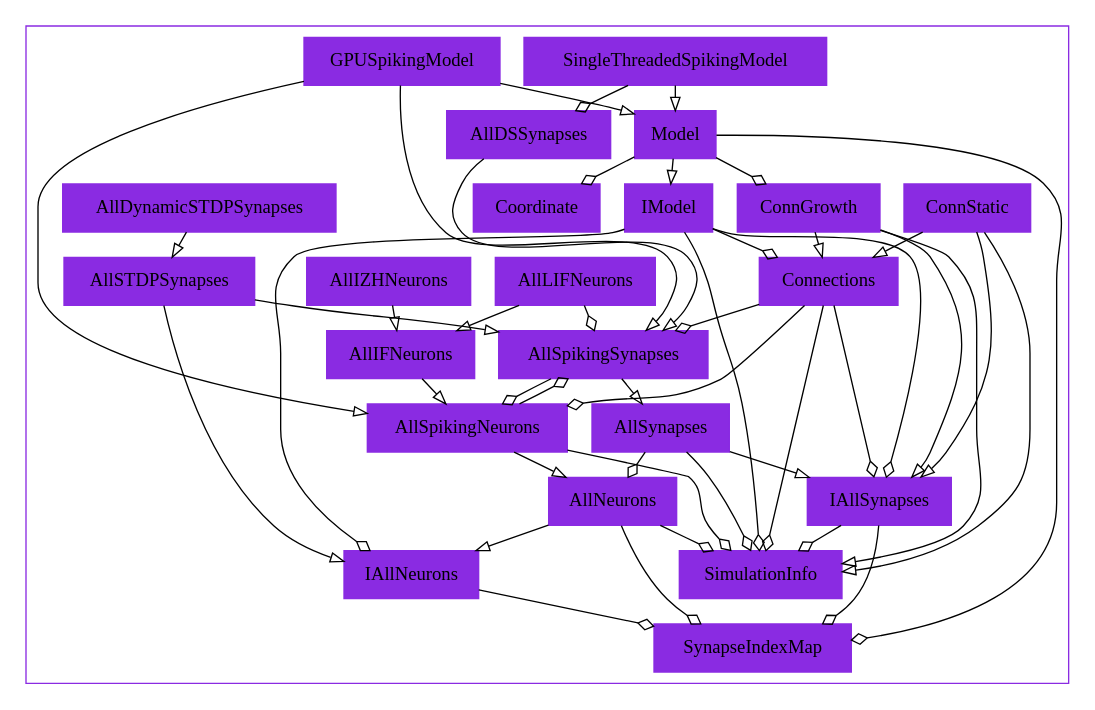
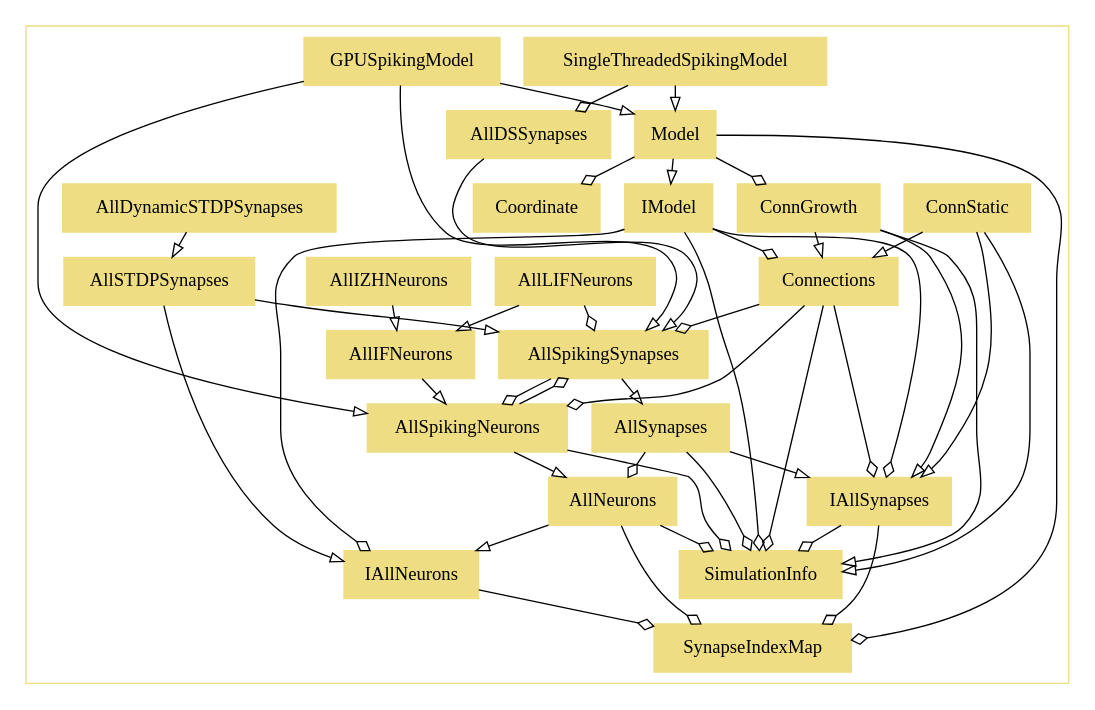
Before and after one commit to UWB-Biocomputing/BrainGrid: the diagram in Tools/DiagramGenerator/ExampleOutputs/dot_subsystems/subsystemB.dot, drawn with Graphviz. The commit also changed 9 other files, not shown here.

```diff
--- a/Tools/DiagramGenerator/ExampleOutputs/dot_subsystems/subsystemB.dot
+++ b/Tools/DiagramGenerator/ExampleOutputs/dot_subsystems/subsystemB.dot
@@ -1,117 +1,117 @@
 digraph{
 
 	subgraph clusterB {
-		node [shape = record];
+		color = lightgoldenrod
+		node [shape = record, color = lightgoldenrod];
 
-		color = blueviolet
-		AllDSSynapses[label = AllDSSynapses, style = filled, color = blueviolet];
-		AllDynamicSTDPSynapses[label = AllDynamicSTDPSynapses, style = filled, color = blueviolet];
-		AllIFNeurons[label = AllIFNeurons, style = filled, color = blueviolet];
-		AllIZHNeurons[label = AllIZHNeurons, style = filled, color = blueviolet];
-		AllLIFNeurons[label = AllLIFNeurons, style = filled, color = blueviolet];
-		AllNeurons[label = AllNeurons, style = filled, color = blueviolet];
-		AllSTDPSynapses[label = AllSTDPSynapses, style = filled, color = blueviolet];
-		AllSpikingNeurons[label = AllSpikingNeurons, style = filled, color = blueviolet];
-		AllSpikingSynapses[label = AllSpikingSynapses, style = filled, color = blueviolet];
-		AllSynapses[label = AllSynapses, style = filled, color = blueviolet];
-		ConnGrowth[label = ConnGrowth, style = filled, color = blueviolet];
-		ConnStatic[label = ConnStatic, style = filled, color = blueviolet];
-		Connections[label = Connections, style = filled, color = blueviolet];
-		Coordinate[label = Coordinate, style = filled, color = blueviolet];
-		GPUSpikingModel[label = GPUSpikingModel, style = filled, color = blueviolet];
-		IAllNeurons[label = IAllNeurons, style = filled, color = blueviolet];
-		IAllSynapses[label = IAllSynapses, style = filled, color = blueviolet];
-		IModel[label = IModel, style = filled, color = blueviolet];
-		Model[label = Model, style = filled, color = blueviolet];
-		SimulationInfo[label = SimulationInfo, style = filled, color = blueviolet];
-		SingleThreadedSpikingModel[label = SingleThreadedSpikingModel, style = filled, color = blueviolet];
-		SynapseIndexMap[label = SynapseIndexMap, style = filled, color = blueviolet];
+		AllDSSynapses[label = AllDSSynapses, style = filled];
+		AllDynamicSTDPSynapses[label = AllDynamicSTDPSynapses, style = filled];
+		AllIFNeurons[label = AllIFNeurons, style = filled];
+		AllIZHNeurons[label = AllIZHNeurons, style = filled];
+		AllLIFNeurons[label = AllLIFNeurons, style = filled];
+		AllNeurons[label = AllNeurons, style = filled];
+		AllSTDPSynapses[label = AllSTDPSynapses, style = filled];
+		AllSpikingNeurons[label = AllSpikingNeurons, style = filled];
+		AllSpikingSynapses[label = AllSpikingSynapses, style = filled];
+		AllSynapses[label = AllSynapses, style = filled];
+		ConnGrowth[label = ConnGrowth, style = filled];
+		ConnStatic[label = ConnStatic, style = filled];
+		Connections[label = Connections, style = filled];
+		Coordinate[label = Coordinate, style = filled];
+		GPUSpikingModel[label = GPUSpikingModel, style = filled];
+		IAllNeurons[label = IAllNeurons, style = filled];
+		IAllSynapses[label = IAllSynapses, style = filled];
+		IModel[label = IModel, style = filled];
+		Model[label = Model, style = filled];
+		SimulationInfo[label = SimulationInfo, style = filled];
+		SingleThreadedSpikingModel[label = SingleThreadedSpikingModel, style = filled];
+		SynapseIndexMap[label = SynapseIndexMap, style = filled];
 
 
 		//------LAYOUT FOR SUBGRAPH------
 
 
 		rankdir = BT; // Rank Direction Bottom to Top
 		nodesep = 0.98; // Node Separation
 		ranksep = 0.98; // Rank Separation
 
 
 		//INHERITANCE//
 
 
 		AllDSSynapses -> AllSpikingSynapses [arrowhead=empty];
 
 		AllDynamicSTDPSynapses -> AllSTDPSynapses [arrowhead=empty];
 
 		AllIFNeurons -> AllSpikingNeurons [arrowhead=empty];
 
 		AllIZHNeurons -> AllIFNeurons [arrowhead=empty];
 
 		AllLIFNeurons -> AllIFNeurons [arrowhead=empty];
 
 		AllNeurons -> IAllNeurons [arrowhead=empty];
 
 		AllSTDPSynapses -> AllSpikingSynapses [arrowhead=empty];
 		AllSTDPSynapses -> IAllNeurons [arrowhead=empty];
 
 		AllSpikingNeurons -> AllNeurons [arrowhead=empty];
 
 		AllSpikingSynapses -> AllSynapses [arrowhead=empty];
 
 		AllSynapses -> IAllSynapses [arrowhead=empty];
 
 		ConnGrowth -> Connections [arrowhead=empty];
 		ConnGrowth -> IAllSynapses [arrowhead=empty];
 		ConnGrowth -> SimulationInfo [arrowhead=empty];
 
 		ConnStatic -> Connections [arrowhead=empty];
 		ConnStatic -> IAllSynapses [arrowhead=empty];
 		ConnStatic -> SimulationInfo [arrowhead=empty];
 
 		GPUSpikingModel -> AllSpikingNeurons [arrowhead=empty];
 		GPUSpikingModel -> AllSpikingSynapses [arrowhead=empty];
 		GPUSpikingModel -> Model [arrowhead=empty];
 
 		Model -> IModel [arrowhead=empty];
 
 		SingleThreadedSpikingModel -> Model [arrowhead=empty];
 
 
 		//COMPOSITION//
 
 
 		AllLIFNeurons -> AllSpikingSynapses [arrowhead=ediamond];
 
 		AllNeurons -> SimulationInfo [arrowhead=ediamond];
 		AllNeurons -> SynapseIndexMap [arrowhead=ediamond];
 
 		AllSpikingNeurons -> AllSpikingSynapses [arrowhead=ediamond];
 		AllSpikingNeurons -> SimulationInfo [arrowhead=ediamond];
 
 		AllSpikingSynapses -> AllSpikingNeurons [arrowhead=ediamond];
 
 		AllSynapses -> AllNeurons [arrowhead=ediamond];
 		AllSynapses -> SimulationInfo [arrowhead=ediamond];
 
 		Connections -> AllSpikingNeurons [arrowhead=ediamond];
 		Connections -> AllSpikingSynapses [arrowhead=ediamond];
 		Connections -> IAllSynapses [arrowhead=ediamond];
 		Connections -> SimulationInfo [arrowhead=ediamond];
 
 		IAllNeurons -> SynapseIndexMap [arrowhead=ediamond];
 
 		IAllSynapses -> SimulationInfo [arrowhead=ediamond];
 		IAllSynapses -> SynapseIndexMap [arrowhead=ediamond];
 
 		IModel -> Connections [arrowhead=ediamond];
 		IModel -> IAllNeurons [arrowhead=ediamond];
 		IModel -> IAllSynapses [arrowhead=ediamond];
 		IModel -> SimulationInfo [arrowhead=ediamond];
 
 		Model -> ConnGrowth [arrowhead=ediamond];
 		Model -> Coordinate [arrowhead=ediamond];
 		Model -> SynapseIndexMap [arrowhead=ediamond];
 
 		SingleThreadedSpikingModel -> AllDSSynapses [arrowhead=ediamond];
 	}//end subgraph B
 }//end digraph
```
